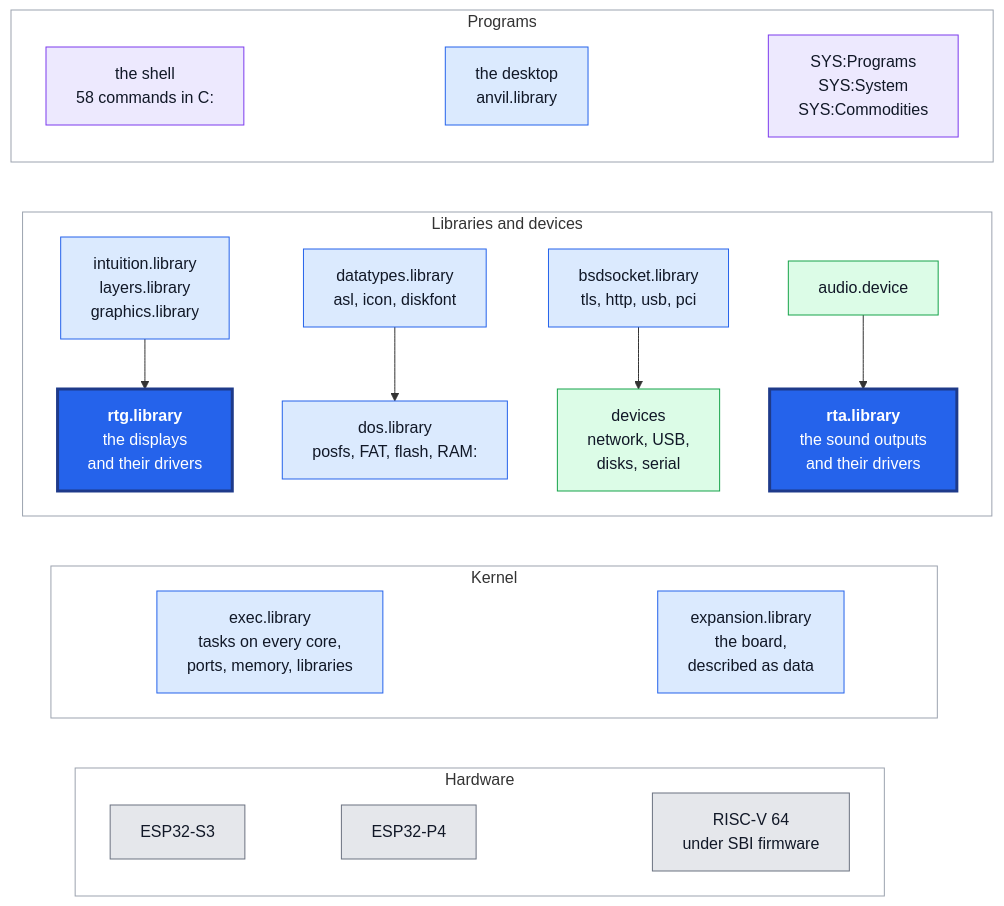
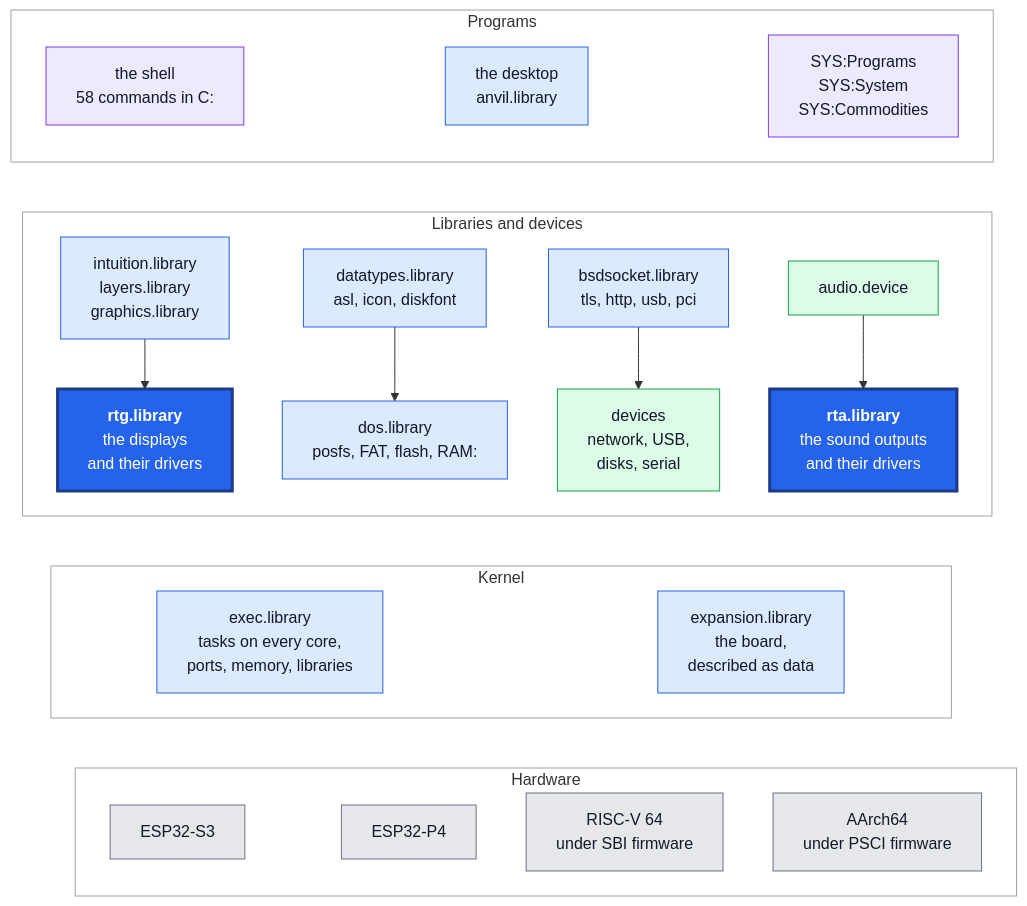
Before and after one commit to cycl0ne/poweros_esp32: the diagram in README.md, drawn with Mermaid. The commit also changed other lines of this file, not shown here.

First line of the commit message:
README: the AArch64 machines where a reader meets them, and the hardware in one table

````diff
--- a/README.md
+++ b/README.md
@@ -81,62 +83,64 @@
 ```mermaid
 flowchart TB
     subgraph m_programs ["Programs"]
         m_shell["the shell<br/>58 commands in C:"]
         m_desktop["the desktop<br/>anvil.library"]
         m_apps["SYS:Programs<br/>SYS:System<br/>SYS:Commodities"]
     end
 
     subgraph m_modules ["Libraries and devices"]
         m_intuition["intuition.library<br/>layers.library<br/>graphics.library"]
         m_datatypes["datatypes.library<br/>asl, icon, diskfont"]
         m_network["bsdsocket.library<br/>tls, http, usb, pci"]
         m_audio["audio.device"]
         m_rtg["<b>rtg.library</b><br/>the displays<br/>and their drivers"]
         m_dos["dos.library<br/>posfs, FAT, flash, RAM:"]
         m_devices["devices<br/>network, USB,<br/>disks, serial"]
         m_rta["<b>rta.library</b><br/>the sound outputs<br/>and their drivers"]
     end
 
     subgraph m_kernel ["Kernel"]
         m_exec["exec.library<br/>tasks on every core,<br/>ports, memory, libraries"]
         m_expansion["expansion.library<br/>the board,<br/>described as data"]
     end
 
     subgraph m_hardware ["Hardware"]
         m_s3["ESP32-S3"]
         m_p4["ESP32-P4"]
         m_rv64["RISC-V 64<br/>under SBI firmware"]
+        m_a64["AArch64<br/>under PSCI firmware"]
     end
 
     m_intuition --> m_rtg
     m_datatypes --> m_dos
     m_network --> m_devices
     m_audio --> m_rta
 
     m_shell ~~~ m_intuition
     m_desktop ~~~ m_datatypes
     m_desktop ~~~ m_network
     m_apps ~~~ m_audio
     m_rtg ~~~ m_exec
     m_dos ~~~ m_exec
     m_devices ~~~ m_expansion
     m_rta ~~~ m_expansion
     m_exec ~~~ m_s3
     m_exec ~~~ m_p4
     m_expansion ~~~ m_rv64
+    m_expansion ~~~ m_a64
 
     classDef prog fill:#ede9fe,stroke:#7c3aed,color:#111827
     class m_shell,m_apps prog
     classDef lib fill:#dbeafe,stroke:#2563eb,color:#111827
     class m_desktop,m_intuition,m_datatypes,m_network,m_dos,m_exec,m_expansion lib
     classDef dev fill:#dcfce7,stroke:#16a34a,color:#111827
     class m_audio,m_devices dev
     classDef key fill:#2563eb,stroke:#1e3a8a,stroke-width:3px,color:#ffffff
     class m_rtg,m_rta key
     classDef chip fill:#e5e7eb,stroke:#6b7280,color:#111827
-    class m_s3,m_p4,m_rv64 chip
+    class m_s3,m_p4,m_rv64,m_a64 chip
     style m_programs fill:none,stroke:#9ca3af
     style m_modules fill:none,stroke:#9ca3af
     style m_kernel fill:none,stroke:#9ca3af
     style m_hardware fill:none,stroke:#9ca3af
 ```
````
